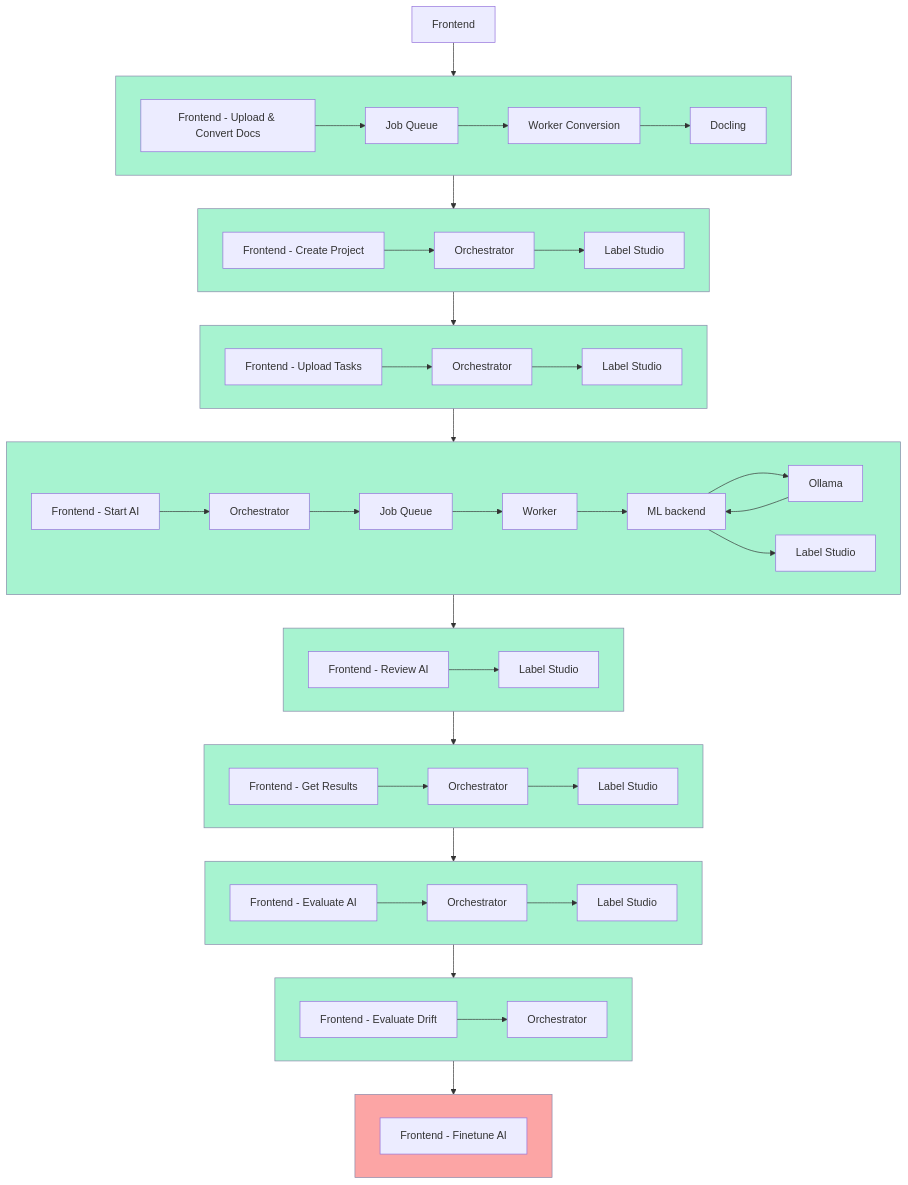
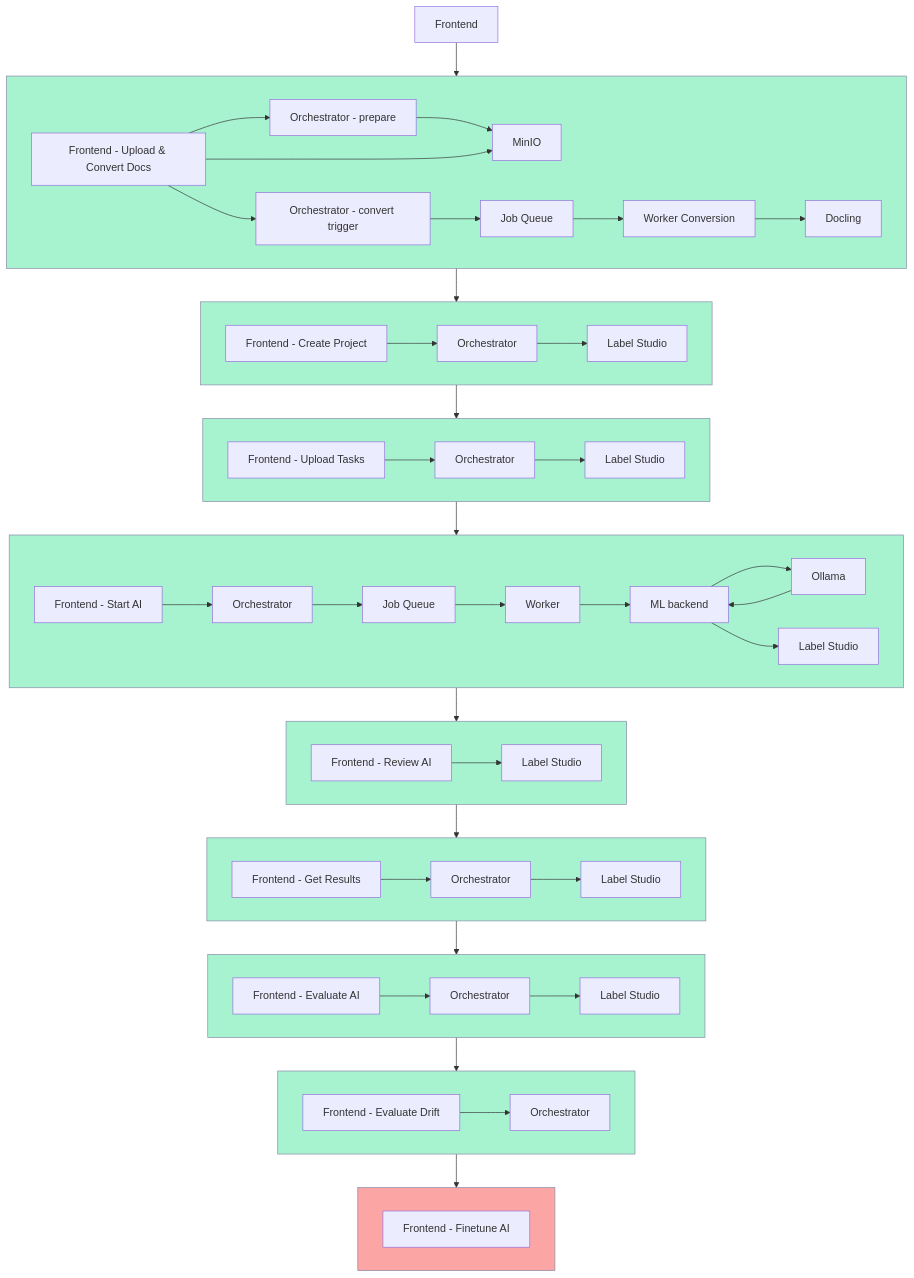
Before and after one commit to Xtractyl/Xtractyl: the diagram in README.md, drawn with Mermaid. The commit also changed other lines of this file and 5 other files, not shown here.

```diff
--- a/README.md
+++ b/README.md
@@ -99,7 +102,9 @@
 %% ====== ROW 1 ======
 subgraph ZA[" "]
 direction LR
- A1A[Frontend - Upload & Convert Docs] --> B1A[Job Queue] --> C1A[Worker Conversion] --> D1A[Docling]
+A1A[Frontend - Upload & Convert Docs] --> B1A[Orchestrator - prepare] --> C1A[MinIO]
+A1A --> C1A[MinIO]
+A1A --> B1B[Orchestrator - convert trigger] --> D1A[Job Queue] --> E1A[Worker Conversion] --> F1A[Docling]
 end
 
 T --> ZA
```
